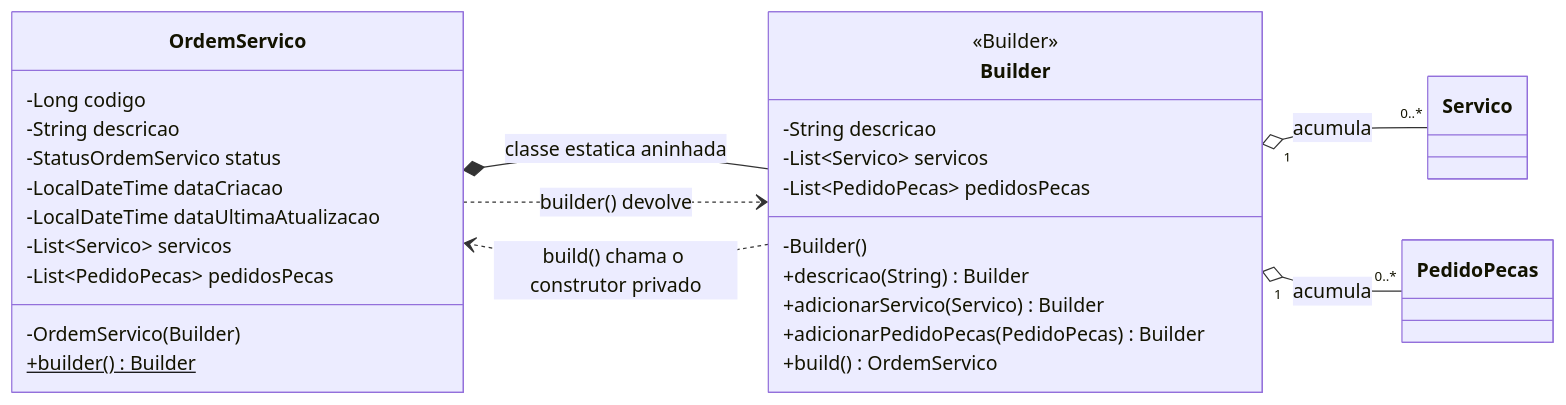
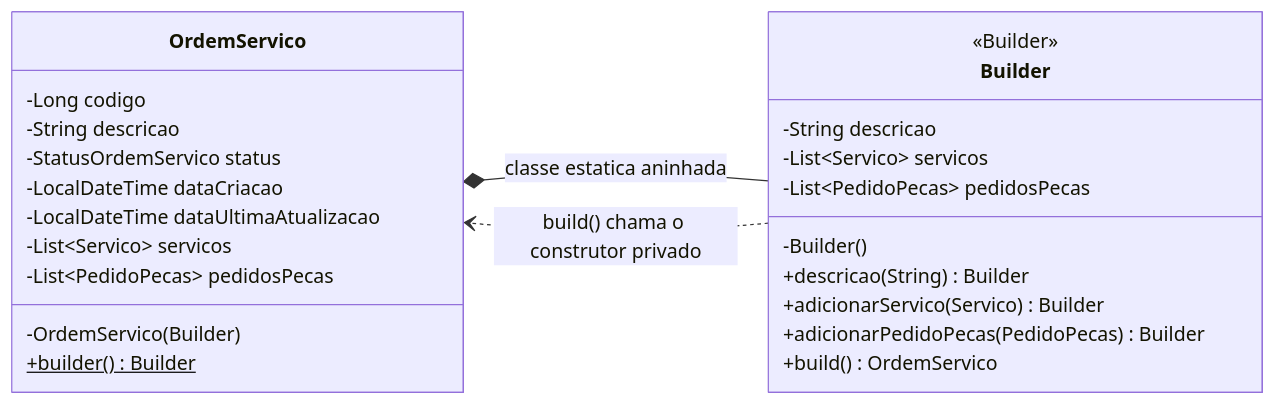
The second of 2 diagrams in documentacao/diagrama-classes.md (Jczar801/mecaniQA-api-Teresina), drawn with Mermaid before and after one commit. The commit also changed other lines of this file and 1 other file, not shown here.

Commit message:
Ajusta o recorte do Builder no diagrama e amplia o teste
Renderizando o Mermaid, as tres arestas entre OrdemServico e Builder se
sobrepunham e Servico e PedidoPecas apareciam como caixas vazias no
recorte. Reduz para as duas arestas que o enunciado pede (classe
aninhada e build()) e remove as caixas vazias; o metodo builder() ja
consta na propria caixa de OrdemServico, marcado como estatico.

Inclui adicionarPedidoPecas na verificacao de encadeamento, que antes
cobria apenas descricao e adicionarServico.

````diff
--- a/documentacao/diagrama-classes.md
+++ b/documentacao/diagrama-classes.md
@@ -286,31 +285,28 @@
 ```mermaid
 classDiagram
 direction LR
     class OrdemServico {
       -Long codigo
       -String descricao
       -StatusOrdemServico status
       -LocalDateTime dataCriacao
       -LocalDateTime dataUltimaAtualizacao
       -List~Servico~ servicos
       -List~PedidoPecas~ pedidosPecas
       -OrdemServico(Builder)
       +builder() Builder$
     }
     class Builder {
       <<Builder>>
       -String descricao
       -List~Servico~ servicos
       -List~PedidoPecas~ pedidosPecas
       -Builder()
       +descricao(String) Builder
       +adicionarServico(Servico) Builder
       +adicionarPedidoPecas(PedidoPecas) Builder
       +build() OrdemServico
     }
     OrdemServico *-- Builder : classe estatica aninhada
-    OrdemServico ..> Builder : builder() devolve
     Builder ..> OrdemServico : build() chama o construtor privado
-    Builder "1" o-- "0..*" Servico : acumula
-    Builder "1" o-- "0..*" PedidoPecas : acumula
 ```
````
